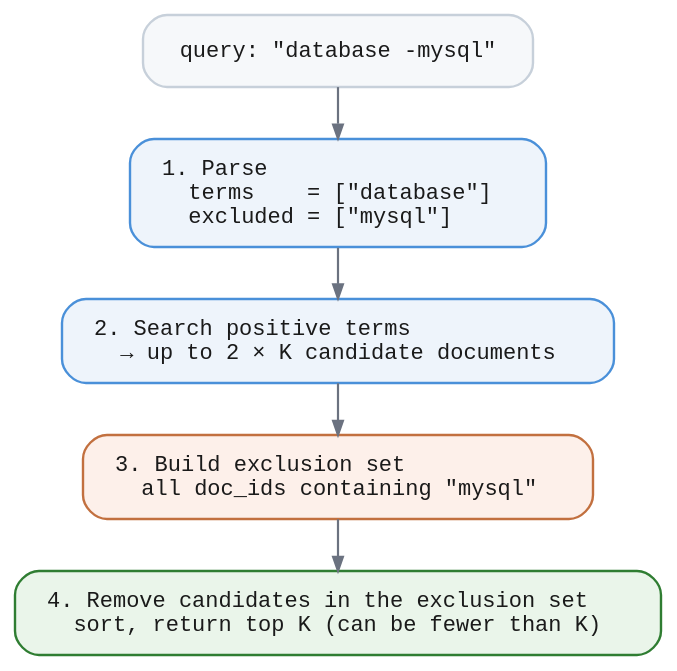
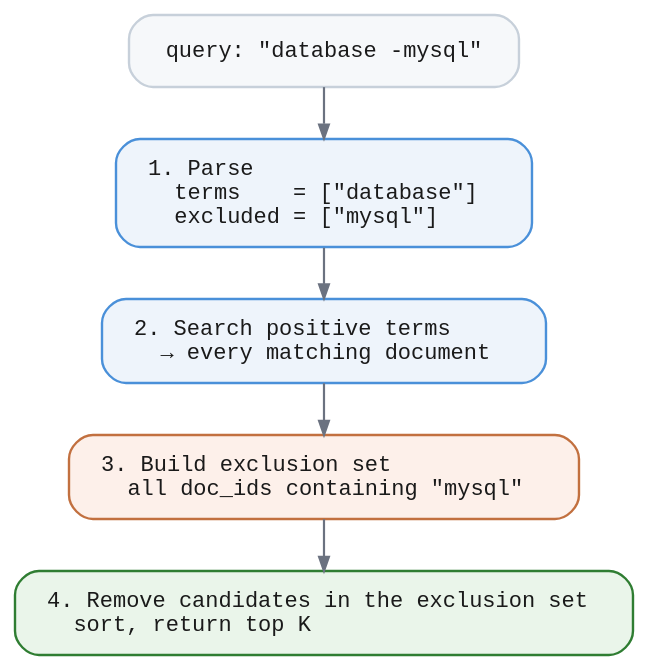
One commit to jeffhajewski/latticedb changed the diagram in book/diagrams/fts-search-exclusion.dot. Above: the diagram before and after it, drawn with Graphviz. The commit also changed 15 other files, not shown here.

First line of the commit message:
Bring the full-text search diagrams in line with the code

```diff
--- a/book/diagrams/fts-search-exclusion.dot
+++ b/book/diagrams/fts-search-exclusion.dot
@@ -1,20 +1,20 @@
 // Negated terms build an exclusion set that filters the candidates.
 digraph fts_search_exclusion {
   bgcolor="transparent"
   rankdir=TB
   nodesep=0.3
   ranksep=0.36
   fontname="Helvetica,Arial,sans-serif"
   node [shape=box style="filled,rounded" fillcolor="#eef4fb" color="#4a90d9"
         penwidth=1.2 fontname="Menlo,Consolas,monospace" fontsize=11
         fontcolor="#1a1a1a" margin="0.22,0.13"]
   edge [color="#6b7280" penwidth=1.1 arrowsize=0.7]
 
   q [label="query: \"database -mysql\"" fillcolor="#f6f8fa" color="#c7d0da"]
   s1 [label="1. Parse\l   terms    = [\"database\"]\l   excluded = [\"mysql\"]\l"]
-  s2 [label="2. Search positive terms\l   → up to 2 × K candidate documents\l"]
+  s2 [label="2. Search positive terms\l   → every matching document\l"]
   s3 [label="3. Build exclusion set\l   all doc_ids containing \"mysql\"\l" fillcolor="#fdf0ea" color="#c2703f"]
-  s4 [label="4. Remove candidates in the exclusion set\l   sort, return top K (can be fewer than K)\l" fillcolor="#eaf5ea" color="#2f7d32"]
+  s4 [label="4. Remove candidates in the exclusion set\l   sort, return top K\l" fillcolor="#eaf5ea" color="#2f7d32"]
 
   q -> s1 -> s2 -> s3 -> s4
 }
```
